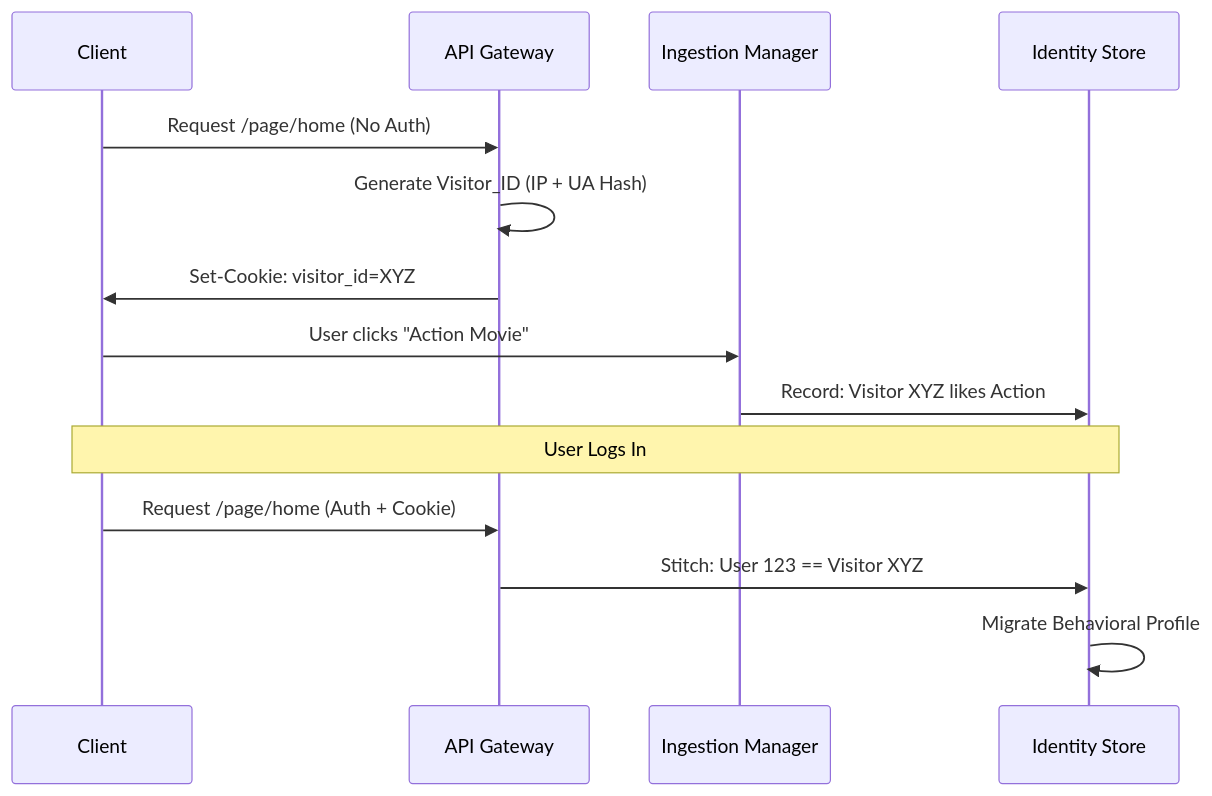
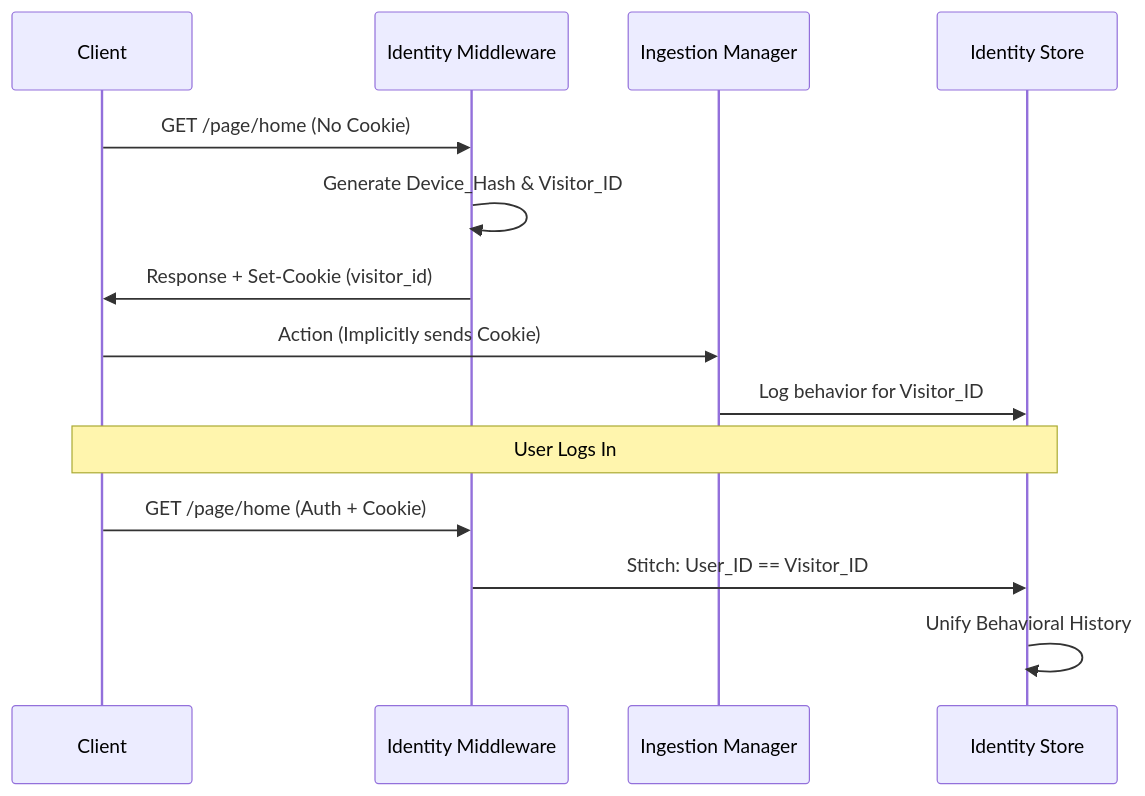
The diagram in docs/architecture/IDENTITY.md (adiozdaniel/bongas-ai), drawn with Mermaid before and after one commit. The commit also changed other lines of this file and 11 other files, not shown here.

First line of the commit message:
feat(api): implement Symphony SDUI orchestrator with Zero-Touch identity

````diff
--- a/docs/architecture/IDENTITY.md
+++ b/docs/architecture/IDENTITY.md
@@ -23,18 +27,18 @@
 ```mermaid
 sequenceDiagram
     participant C as Client
-    participant G as API Gateway
+    participant M as Identity Middleware
     participant I as Ingestion Manager
     participant D as Identity Store
 
-    C->>G: Request /page/home (No Auth)
-    G->>G: Generate Visitor_ID (IP + UA Hash)
-    G->>C: Set-Cookie: visitor_id=XYZ
-    C->>I: User clicks "Action Movie"
-    I->>D: Record: Visitor XYZ likes Action
+    C->>M: GET /page/home (No Cookie)
+    M->>M: Generate Device_Hash & Visitor_ID
+    M->>C: Response + Set-Cookie (visitor_id)
+    C->>I: Action (Implicitly sends Cookie)
+    I->>D: Log behavior for Visitor_ID
 
     Note over C,D: User Logs In
-    C->>G: Request /page/home (Auth + Cookie)
-    G->>D: Stitch: User 123 == Visitor XYZ
-    D->>D: Migrate Behavioral Profile
+    C->>M: GET /page/home (Auth + Cookie)
+    M->>D: Stitch: User_ID == Visitor_ID
+    D->>D: Unify Behavioral History
 ```
````
